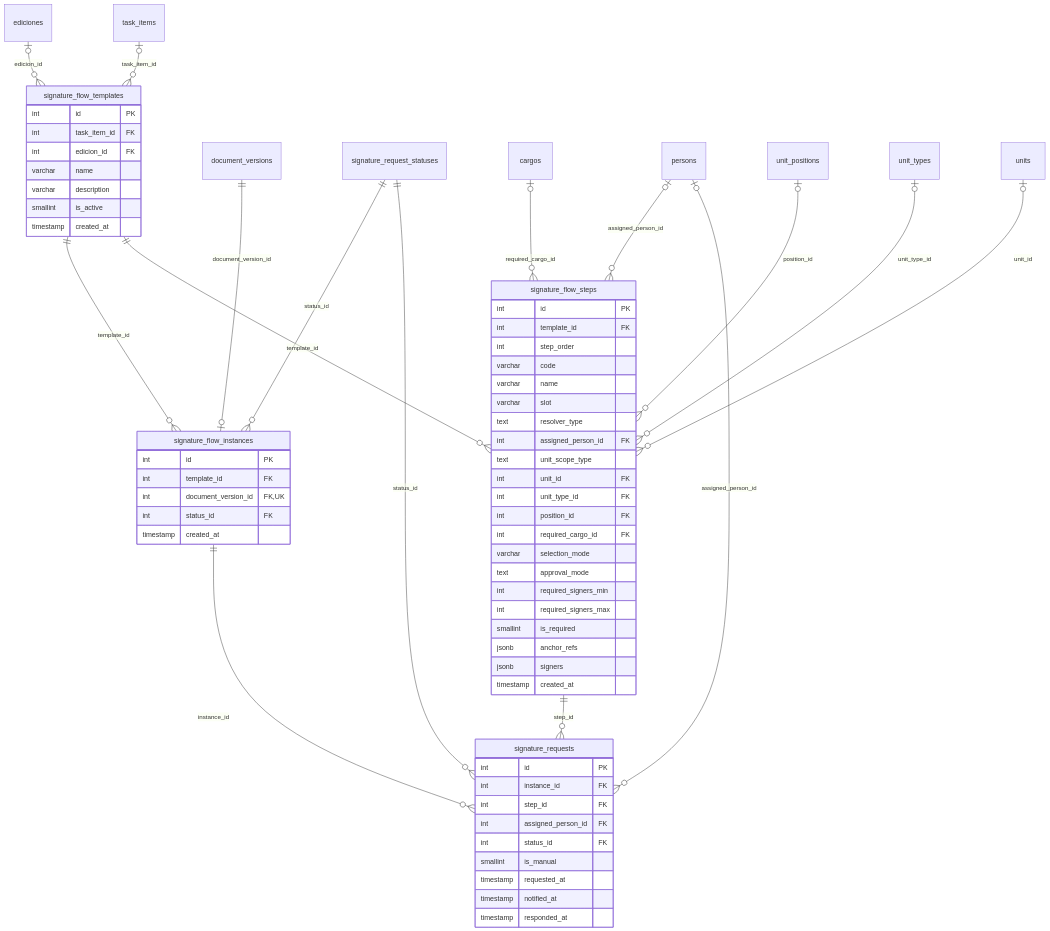
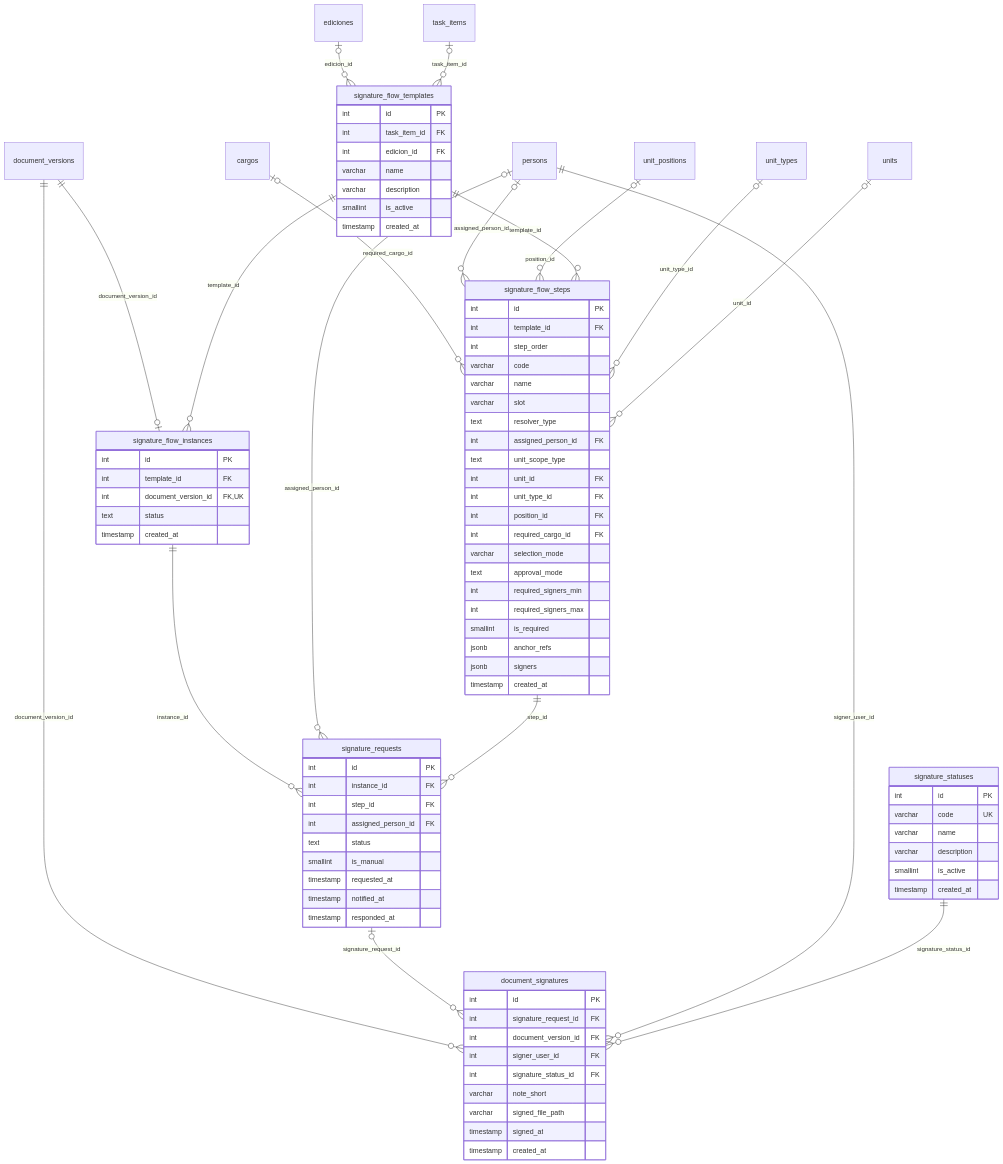
The eighth of 9 diagrams in docs/src/content/docs/modelo/mapa-con-campos.md (fresvel/deasy), drawn with Mermaid before and after one commit. The commit also changed other lines of this file and 55 other files, not shown here.

````diff
--- a/docs/src/content/docs/modelo/mapa-con-campos.md
+++ b/docs/src/content/docs/modelo/mapa-con-campos.md
@@ -589,7 +589,7 @@
     int id PK
     int template_id FK
     int document_version_id FK, UK
-    int status_id FK
+    text status
     timestamp created_at
   }
   signature_requests {
@@ -597,14 +597,36 @@
     int instance_id FK
     int step_id FK
     int assigned_person_id FK
-    int status_id FK
+    text status
     smallint is_manual
     timestamp requested_at
     timestamp notified_at
     timestamp responded_at
   }
+  document_signatures {
+    int id PK
+    int signature_request_id FK
+    int document_version_id FK
+    int signer_user_id FK
+    int signature_status_id FK
+    varchar note_short
+    varchar signed_file_path
+    timestamp signed_at
+    timestamp created_at
+  }
+  signature_statuses {
+    int id PK
+    varchar code UK
+    varchar name
+    varchar description
+    smallint is_active
+    timestamp created_at
+  }
+  document_versions ||--o{ document_signatures : "document_version_id"
+  signature_requests |o--o{ document_signatures : "signature_request_id"
+  persons ||--o{ document_signatures : "signer_user_id"
+  signature_statuses ||--o{ document_signatures : "signature_status_id"
   document_versions ||--o| signature_flow_instances : "document_version_id"
-  signature_request_statuses ||--o{ signature_flow_instances : "status_id"
   signature_flow_templates ||--o{ signature_flow_instances : "template_id"
   cargos |o--o{ signature_flow_steps : "required_cargo_id"
   persons |o--o{ signature_flow_steps : "assigned_person_id"
@@ -616,6 +638,5 @@
   task_items |o--o{ signature_flow_templates : "task_item_id"
   signature_flow_instances ||--o{ signature_requests : "instance_id"
   persons |o--o{ signature_requests : "assigned_person_id"
-  signature_request_statuses ||--o{ signature_requests : "status_id"
   signature_flow_steps ||--o{ signature_requests : "step_id"
 ```
````
